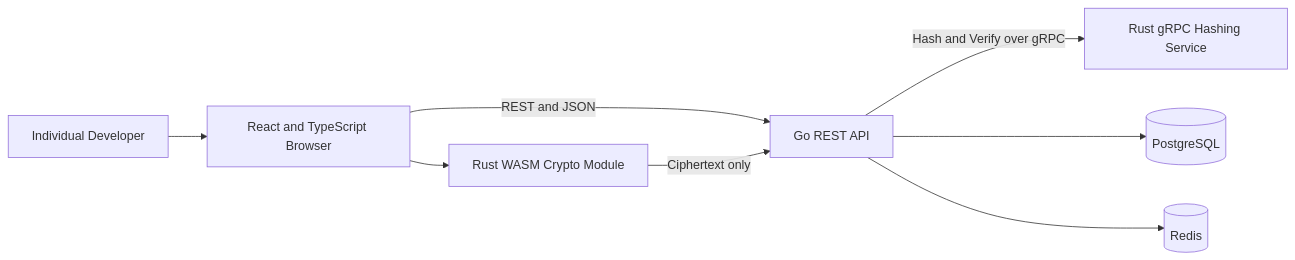
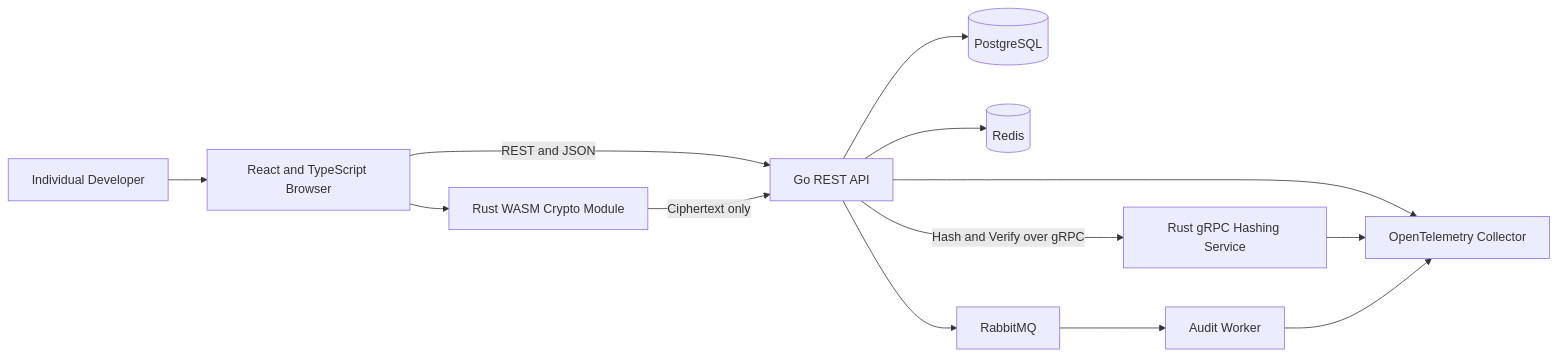
One commit to martinrgarciap/vaultforge changed the fourth of 4 diagrams in docs/architecture.md. Above: the diagram before and after it, drawn with Mermaid. The commit also changed other lines of this file and 27 other files, not shown here.

````diff
--- a/docs/architecture.md
+++ b/docs/architecture.md
@@ -5,18 +145,26 @@
 ```mermaid
 flowchart LR
     U[Individual Developer]
     B[React and TypeScript Browser]
     W[Rust WASM Crypto Module]
     A[Go REST API]
     H[Rust gRPC Hashing Service]
     P[(PostgreSQL)]
     R[(Redis)]
+    Q[RabbitMQ]
+    K[Audit Worker]
+    O[OpenTelemetry Collector]
 
     U --> B
     B --> W
     B -->|REST and JSON| A
+    W -->|Ciphertext only| A
     A -->|Hash and Verify over gRPC| H
     A --> P
     A --> R
-    W -->|Ciphertext only| A
+    A --> Q
+    Q --> K
+    A --> O
+    H --> O
+    K --> O
 ```
````
